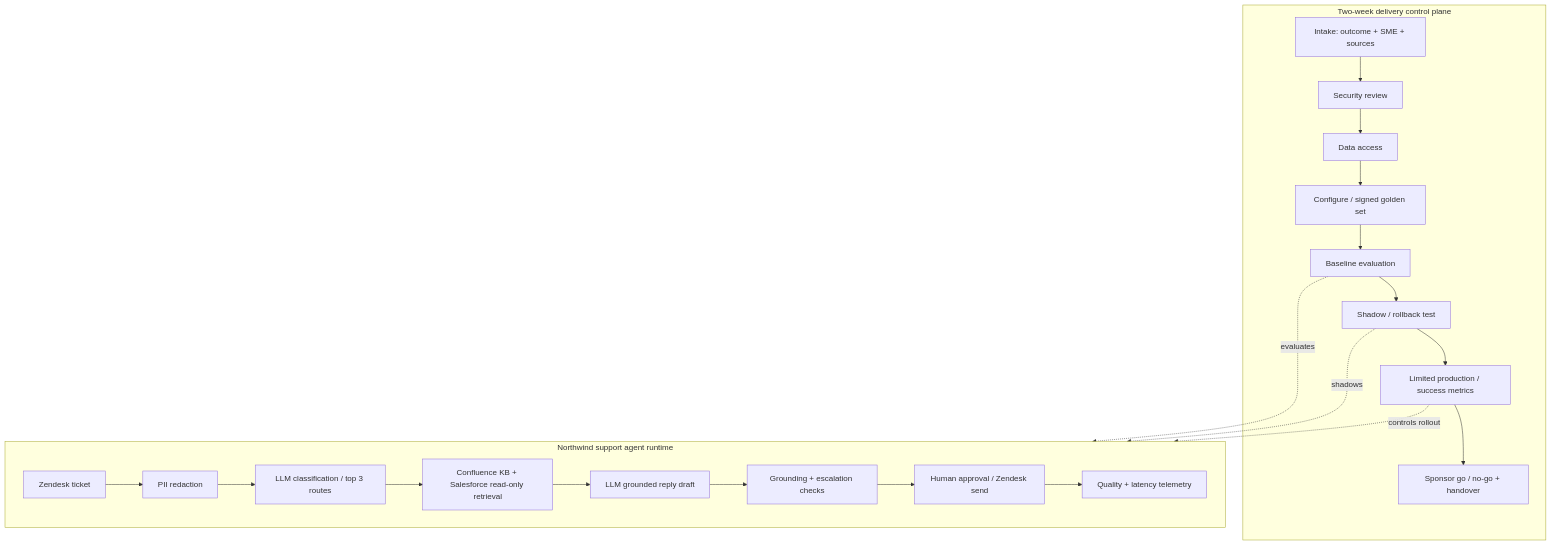
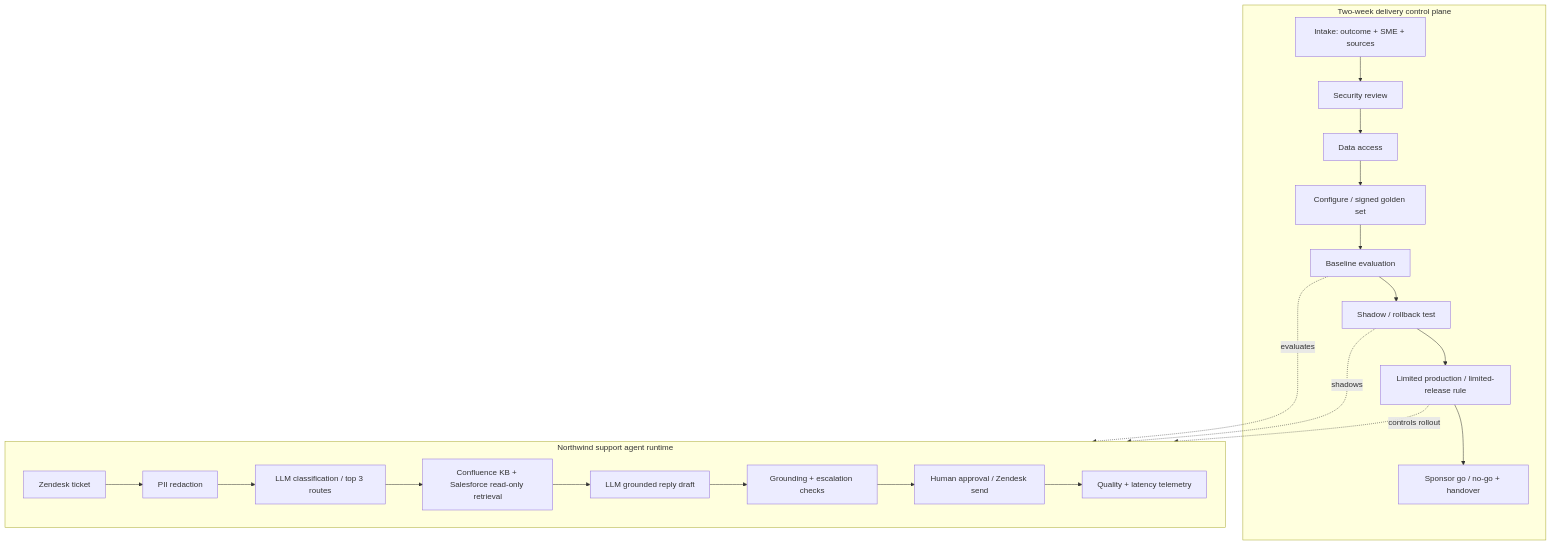
One commit to Sourav692/Forward-Deployed-Engineer-Interview-Prep changed the diagram in site/content/modules/15-fde-case-studies/delivery-evaluation-operations/scoping-to-deployed-agent/main.md. Above: the diagram before and after it, drawn with Mermaid. The commit also changed other lines of this file and 143 other files, not shown here.

````diff
--- a/site/content/modules/15-fde-case-studies/delivery-evaluation-operations/scoping-to-deployed-agent/main.md
+++ b/site/content/modules/15-fde-case-studies/delivery-evaluation-operations/scoping-to-deployed-agent/main.md
@@ -82,24 +82,24 @@
 ```mermaid
 flowchart TB
   subgraph Delivery[Two-week delivery control plane]
     I[Intake: outcome + SME + sources] --> S[Security review]
     S --> D[Data access]
     D --> C[Configure / signed golden set]
     C --> E[Baseline evaluation]
     E --> H[Shadow / rollback test]
-    H --> L[Limited production / success metrics]
+    H --> L[Limited production / limited-release rule]
     L --> G[Sponsor go / no-go + handover]
   end
   subgraph Agent[Northwind support agent runtime]
     Z[Zendesk ticket] --> P[PII redaction]
     P --> T[LLM classification / top 3 routes]
     T --> R[Confluence KB + Salesforce read-only retrieval]
     R --> M[LLM grounded reply draft]
     M --> V[Grounding + escalation checks]
     V --> A[Human approval / Zendesk send]
     A --> O[Quality + latency telemetry]
   end
   E -. evaluates .-> Agent
   H -. shadows .-> Agent
   L -. controls rollout .-> Agent
 ```
````
